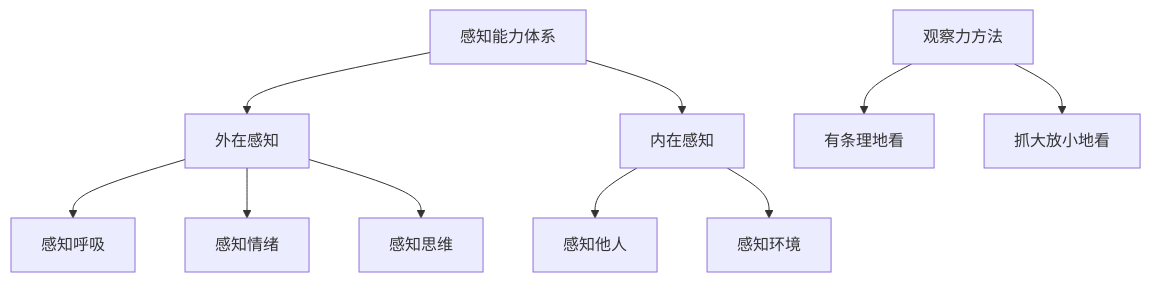
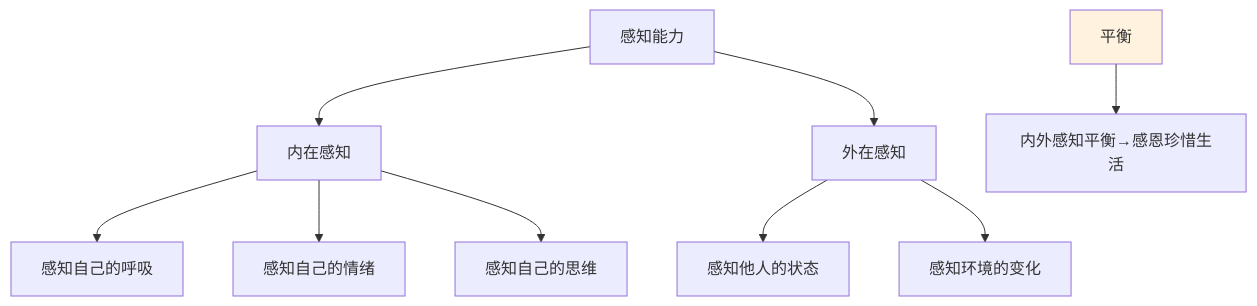
One commit to chongyang211/YCBookBlog changed the third of 10 diagrams in 10.自我进阶提升书/07.底层思维的训练/7.3感知能力的提升.md. Above: the diagram before and after it, drawn with Mermaid. The commit also changed other lines of this file and 6 other files, not shown here.

````diff
--- a/10.自我进阶提升书/07.底层思维的训练/7.3感知能力的提升.md
+++ b/10.自我进阶提升书/07.底层思维的训练/7.3感知能力的提升.md
@@ -13,12 +90,12 @@
 ```mermaid
 graph TD
-    A[感知能力体系] --> B[外在感知]
-    A --> C[内在感知]
-    B --> B1[感知呼吸]
-    B --> B2[感知情绪]
-    B --> B3[感知思维]
-    C --> C1[感知他人]
-    C --> C2[感知环境]
-    D[观察力方法] --> D1[有条理地看]
-    D --> D2[抓大放小地看]
+    A[感知能力] --> B[内在感知]
+    A --> C[外在感知]
+    B --> B1[感知自己的呼吸]
+    B --> B2[感知自己的情绪]
+    B --> B3[感知自己的思维]
+    C --> C1[感知他人的状态]
+    C --> C2[感知环境的变化]
+    D[平衡] --> D1[内外感知平衡→感恩珍惜生活]
+    style D fill:#fff3e0
 ```
````
